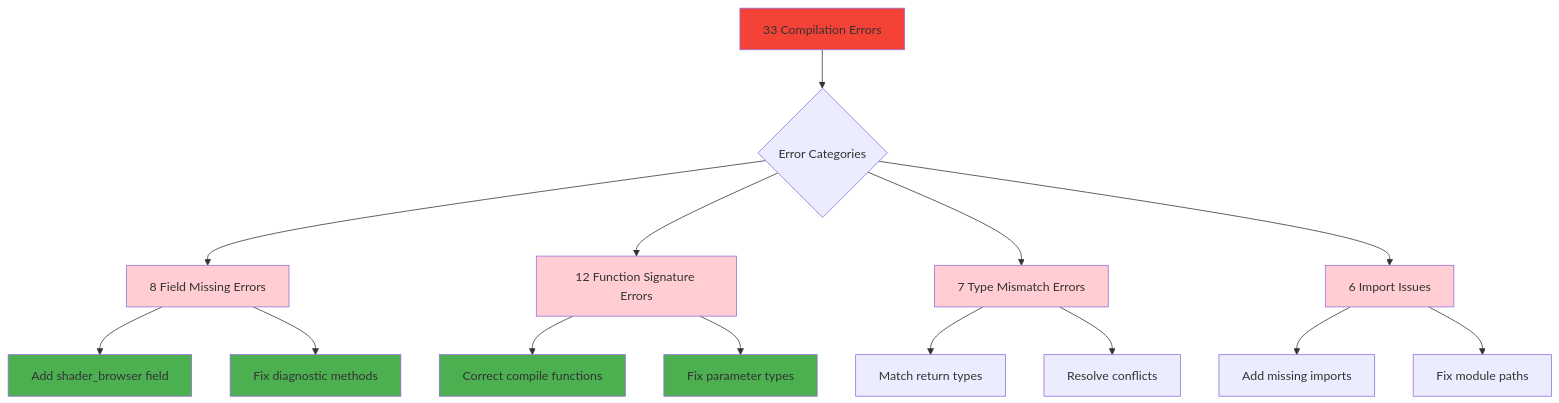
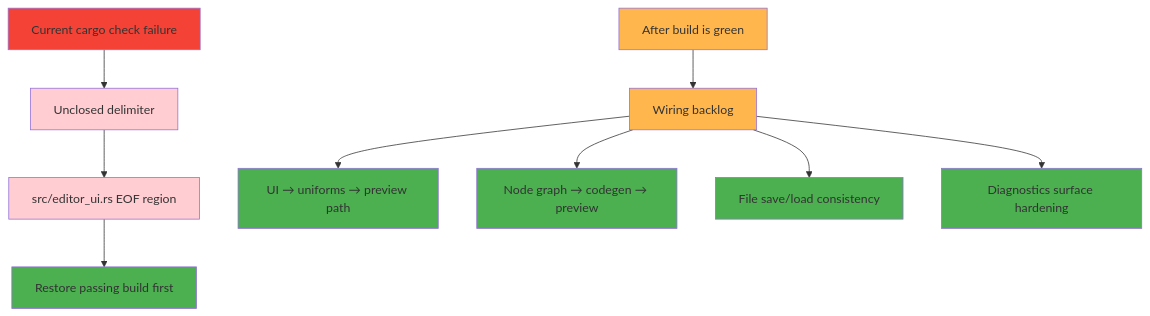
Before and after one commit to compiling-org/WGSL-Shader-Studio: the second of 13 diagrams in docs/WGSL_Shader_Studio_Feature_Implementation_PRD_CURRENT.md, drawn with Mermaid. The commit also changed other lines of this file and 51 other files, not shown here.

````diff
--- a/docs/WGSL_Shader_Studio_Feature_Implementation_PRD_CURRENT.md
+++ b/docs/WGSL_Shader_Studio_Feature_Implementation_PRD_CURRENT.md
@@ -42,30 +42,23 @@
 ```mermaid
 graph TD
-    A[33 Compilation Errors] --> B{Error Categories}
-    B --> C[8 Field Missing Errors]
-    B --> D[12 Function Signature Errors]
-    B --> E[7 Type Mismatch Errors]
-    B --> F[6 Import Issues]
+    A[Current cargo check failure] --> B[Unclosed delimiter]
+    B --> C[src/editor_ui.rs EOF region]
+    C --> D[Restore passing build first]
     
-    C --> G[Add shader_browser field]
-    C --> H[Fix diagnostic methods]
-    
-    D --> I[Correct compile functions]
-    D --> J[Fix parameter types]
-    
-    E --> K[Match return types]
-    E --> L[Resolve conflicts]
-    
-    F --> M[Add missing imports]
-    F --> N[Fix module paths]
+    E[After build is green] --> F[Wiring backlog]
+    F --> G[UI → uniforms → preview path]
+    F --> H[Node graph → codegen → preview]
+    F --> I[File save/load consistency]
+    F --> J[Diagnostics surface hardening]
     
     style A fill:#f44336
+    style B fill:#ffcdd2
     style C fill:#ffcdd2
-    style D fill:#ffcdd2
-    style E fill:#ffcdd2
-    style F fill:#ffcdd2
+    style D fill:#4caf50
+    style E fill:#ffb74d
+    style F fill:#ffb74d
     style G fill:#4caf50
     style H fill:#4caf50
     style I fill:#4caf50
     style J fill:#4caf50
 ```
````
